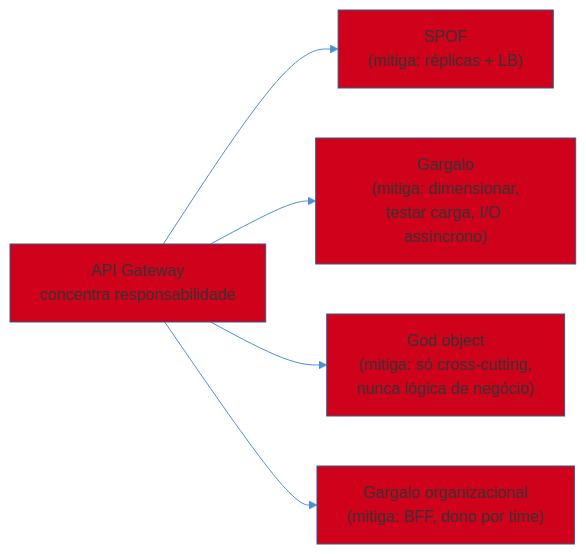
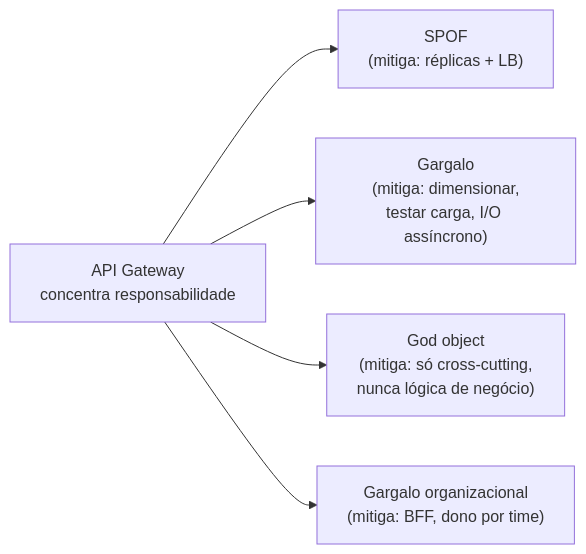
One commit to josenaldo/codex-technomanticus changed the fifth of 6 diagrams in 03-Dominios/Engenharia/Arquitetura/System Design/3 - Padrões recorrentes/06 - API Gateway e BFF.md. Above: the diagram before and after it, drawn with Mermaid. The commit also changed other lines of this file and 1181 other files, not shown here.

First line of the commit message:
fix(diagramas): paleta do sistema no lugar de cor cravada no markdown

````diff
--- a/03-Dominios/Engenharia/Arquitetura/System Design/3 - Padrões recorrentes/06 - API Gateway e BFF.md
+++ b/03-Dominios/Engenharia/Arquitetura/System Design/3 - Padrões recorrentes/06 - API Gateway e BFF.md
@@ -183,8 +179,7 @@
 ```mermaid
-%%{init: {"theme": "base", "themeVariables": {"primaryColor": "#D0021B", "primaryBorderColor": "#2E5C8A", "lineColor": "#4A90D9"}}}%%
 graph LR
     G["API Gateway<br/>concentra responsabilidade"] --> R1["SPOF<br/>(mitiga: réplicas + LB)"]
     G --> R2["Gargalo<br/>(mitiga: dimensionar,<br/>testar carga, I/O assíncrono)"]
     G --> R3["God object<br/>(mitiga: só cross-cutting,<br/>nunca lógica de negócio)"]
     G --> R4["Gargalo organizacional<br/>(mitiga: BFF, dono por time)"]
 ```
````
